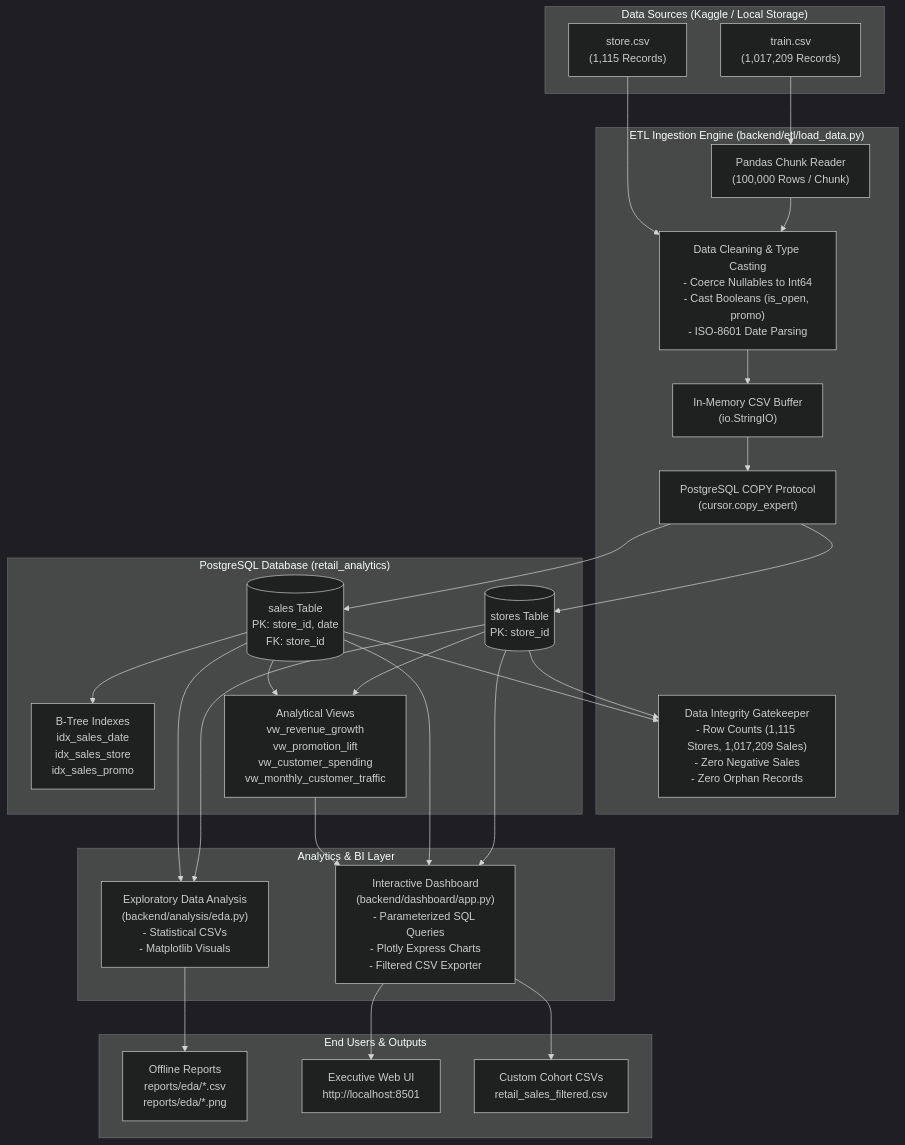
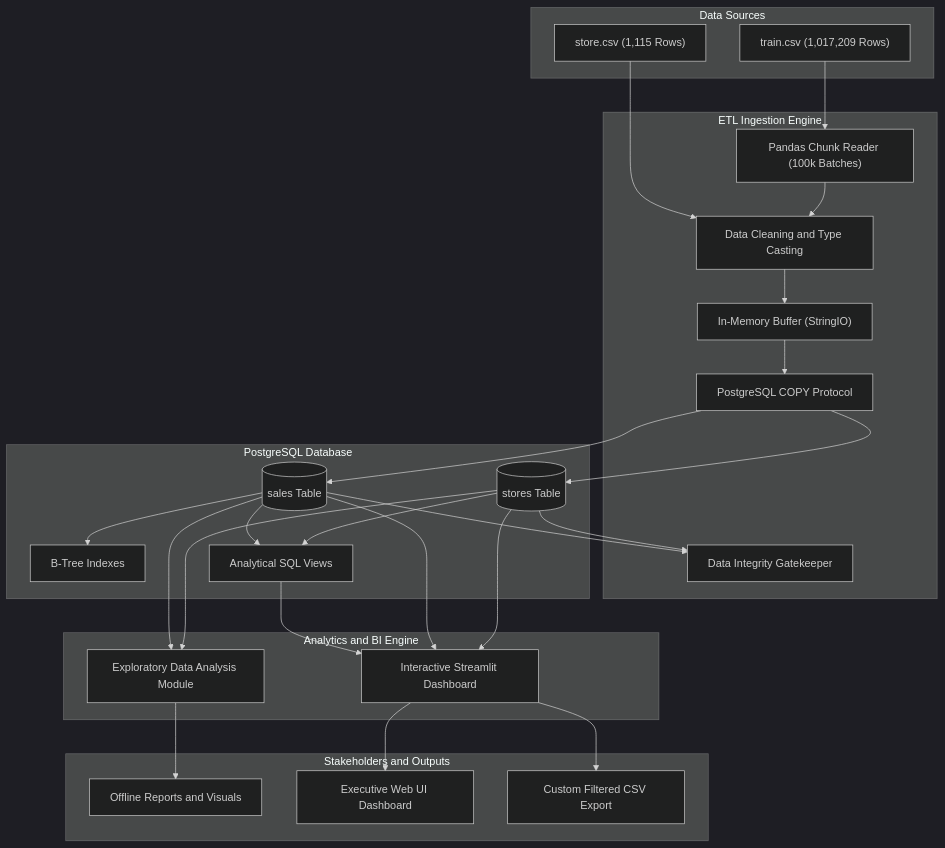
The first of 2 diagrams in README.md (sohans8/retail-analytics-platform), drawn with Mermaid (dark theme) before and after one commit. The commit also changed other lines of this file, not shown here.

Commit message:
fix: resolve Mermaid diagram syntax for GitHub renderer

````diff
--- a/README.md
+++ b/README.md
@@ -132,57 +132,57 @@
 ```mermaid
 flowchart TD
-    subgraph Data_Sources["Data Sources (Kaggle / Local Storage)"]
-        CSV_Train["train.csv<br/>(1,017,209 Records)"]
-        CSV_Store["store.csv<br/>(1,115 Records)"]
+    subgraph Sources["Data Sources"]
+        CSV_Train["train.csv (1,017,209 Rows)"]
+        CSV_Store["store.csv (1,115 Rows)"]
     end
 
-    subgraph Ingestion_Layer["ETL Ingestion Engine (backend/etl/load_data.py)"]
-        Pandas_Chunk["Pandas Chunk Reader<br/>(100,000 Rows / Chunk)"]
-        Transform["Data Cleaning & Type Casting<br/>- Coerce Nullables to Int64<br/>- Cast Booleans (is_open, promo)<br/>- ISO-8601 Date Parsing"]
-        Buffer["In-Memory CSV Buffer<br/>(io.StringIO)"]
-        CopyStream["PostgreSQL COPY Protocol<br/>(cursor.copy_expert)"]
-        Validator["Data Integrity Gatekeeper<br/>- Row Counts (1,115 Stores, 1,017,209 Sales)<br/>- Zero Negative Sales<br/>- Zero Orphan Records"]
+    subgraph Ingestion["ETL Ingestion Engine"]
+        Pandas_Chunk["Pandas Chunk Reader (100k Batches)"]
+        Transform["Data Cleaning and Type Casting"]
+        Buffer["In-Memory Buffer (StringIO)"]
+        CopyStream["PostgreSQL COPY Protocol"]
+        Validator["Data Integrity Gatekeeper"]
     end
 
-    subgraph Storage_Layer["PostgreSQL Database (retail_analytics)"]
-        DB_Stores[("stores Table<br/>PK: store_id")]
-        DB_Sales[("sales Table<br/>PK: store_id, date<br/>FK: store_id")]
-        DB_Indexes["B-Tree Indexes<br/>idx_sales_date<br/>idx_sales_store<br/>idx_sales_promo"]
-        SQL_Views["Analytical Views<br/>vw_revenue_growth<br/>vw_promotion_lift<br/>vw_customer_spending<br/>vw_monthly_customer_traffic"]
+    subgraph Storage["PostgreSQL Database"]
+        DB_Stores[("stores Table")]
+        DB_Sales[("sales Table")]
+        DB_Indexes["B-Tree Indexes"]
+        SQL_Views["Analytical SQL Views"]
     end
 
-    subgraph Analytical_Engine["Analytics & BI Layer"]
-        EDA_Module["Exploratory Data Analysis<br/>(backend/analysis/eda.py)<br/>- Statistical CSVs<br/>- Matplotlib Visuals"]
-        Streamlit_App["Interactive Dashboard<br/>(backend/dashboard/app.py)<br/>- Parameterized SQL Queries<br/>- Plotly Express Charts<br/>- Filtered CSV Exporter"]
+    subgraph Engine["Analytics and BI Engine"]
+        EDA_Module["Exploratory Data Analysis Module"]
+        Streamlit_App["Interactive Streamlit Dashboard"]
     end
 
-    subgraph Stakeholders["End Users & Outputs"]
-        Reports["Offline Reports<br/>reports/eda/*.csv<br/>reports/eda/*.png"]
-        Web_UI["Executive Web UI<br/>http://localhost:8501"]
-        Export_CSV["Custom Cohort CSVs<br/>retail_sales_filtered.csv"]
+    subgraph Consumers["Stakeholders and Outputs"]
+        Reports["Offline Reports and Visuals"]
+        Web_UI["Executive Web UI Dashboard"]
+        Export_CSV["Custom Filtered CSV Export"]
     end
 
     CSV_Train --> Pandas_Chunk
     CSV_Store --> Transform
     Pandas_Chunk --> Transform
     Transform --> Buffer
     Buffer --> CopyStream
     CopyStream --> DB_Stores
     CopyStream --> DB_Sales
     DB_Sales --> DB_Indexes
     DB_Sales --> Validator
     DB_Stores --> Validator
 
     DB_Sales --> SQL_Views
     DB_Stores --> SQL_Views
 
     DB_Sales --> EDA_Module
     DB_Stores --> EDA_Module
     EDA_Module --> Reports
 
     SQL_Views --> Streamlit_App
     DB_Sales --> Streamlit_App
     DB_Stores --> Streamlit_App
     Streamlit_App --> Web_UI
     Streamlit_App --> Export_CSV
 ```
````
